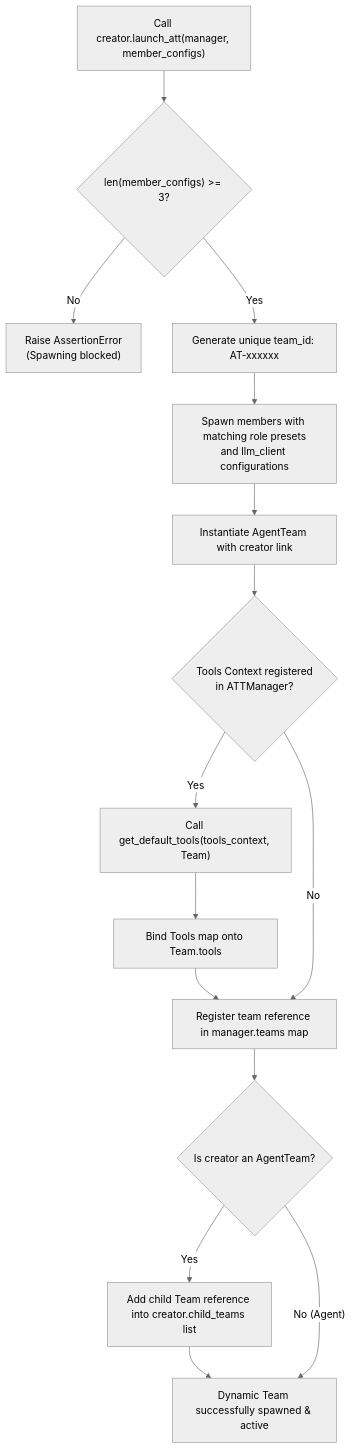
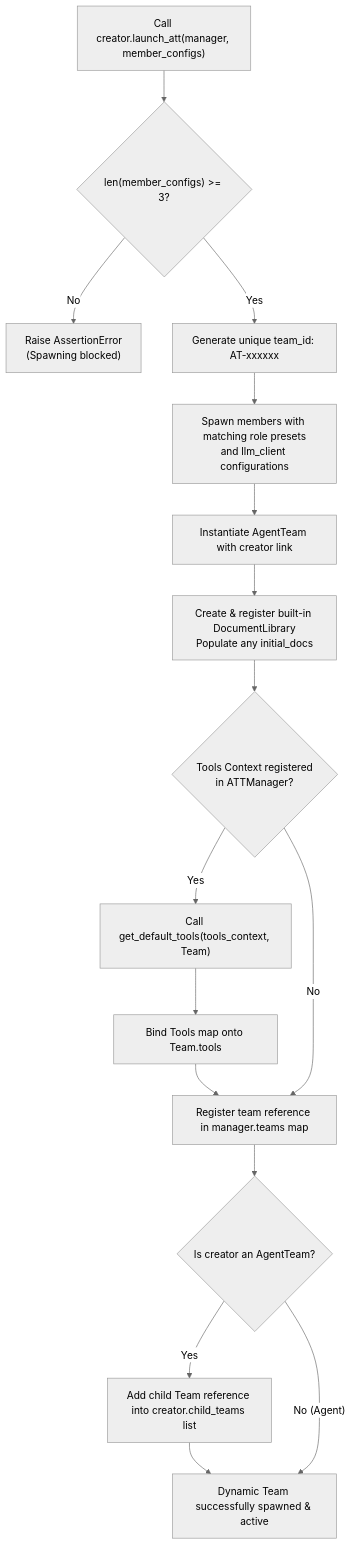
One commit to AI-Team-Team/AI-Team-Team changed the first of 4 diagrams in docs/flowcharts/Spawning_Escalation.md. Above: the diagram before and after it, drawn with Mermaid (neutral theme). The commit also changed 13 other files, not shown here.

First line of the commit message:
feat(doclib): implement collaborative document libraries and spawning context propagation

````diff
--- a/docs/flowcharts/Spawning_Escalation.md
+++ b/docs/flowcharts/Spawning_Escalation.md
@@ -9,26 +9,28 @@
 ```mermaid
 flowchart TD
     Start["Call creator.launch_att(manager, member_configs)"] --> EnforceSize{"len(member_configs) >= 3?"}
     
     EnforceSize -- "No" --> RaiseAssert["Raise AssertionError\n(Spawning blocked)"]
     EnforceSize -- "Yes" --> GenerateID["Generate unique team_id: AT-xxxxxx"]
     
     GenerateID --> SpawnMembers["Spawn members with matching role presets\nand llm_client configurations"]
     
     SpawnMembers --> CreateTeam["Instantiate AgentTeam with creator link"]
     
-    CreateTeam --> ToolsContext{"Tools Context registered\nin ATTManager?"}
+    CreateTeam --> CreateDocLib["Create & register built-in DocumentLibrary\nPopulate any initial_docs"]
+    
+    CreateDocLib --> ToolsContext{"Tools Context registered\nin ATTManager?"}
     
     ToolsContext -- "Yes" --> GetDefaultTools["Call get_default_tools(tools_context, Team)"]
     GetDefaultTools --> BindTools["Bind Tools map onto Team.tools"]
     BindTools --> RegisterTeam["Register team reference in manager.teams map"]
     
     ToolsContext -- "No" --> RegisterTeam
     
     RegisterTeam --> CreatorIsTeam{"Is creator an AgentTeam?"}
     
     CreatorIsTeam -- "Yes" --> AddChildLink["Add child Team reference into creator.child_teams list"]
     AddChildLink --> End["Dynamic Team successfully spawned & active"]
     
     CreatorIsTeam -- "No (Agent)" --> End
 ```
````
